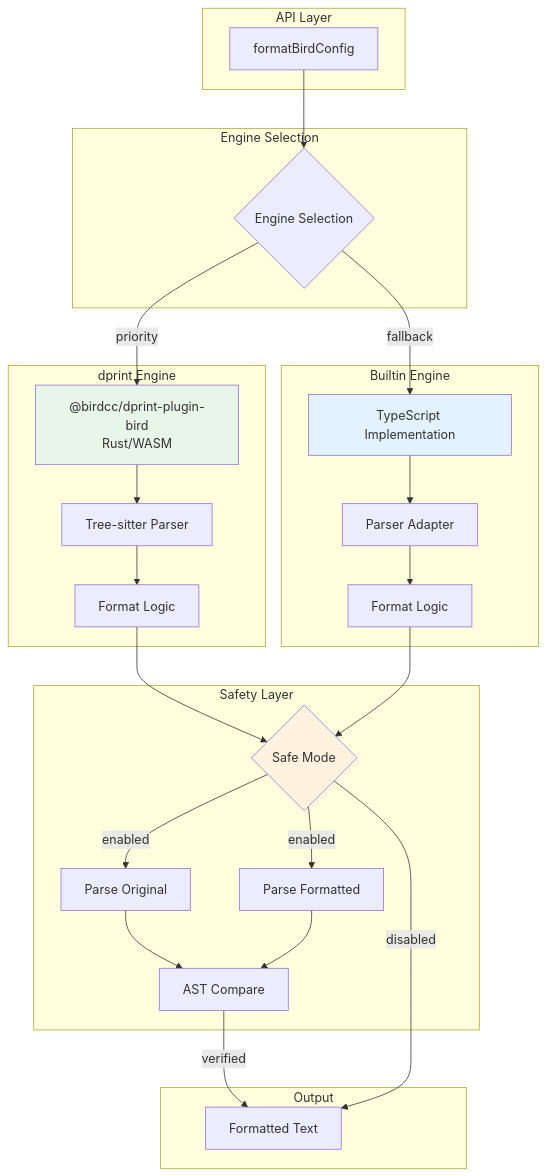
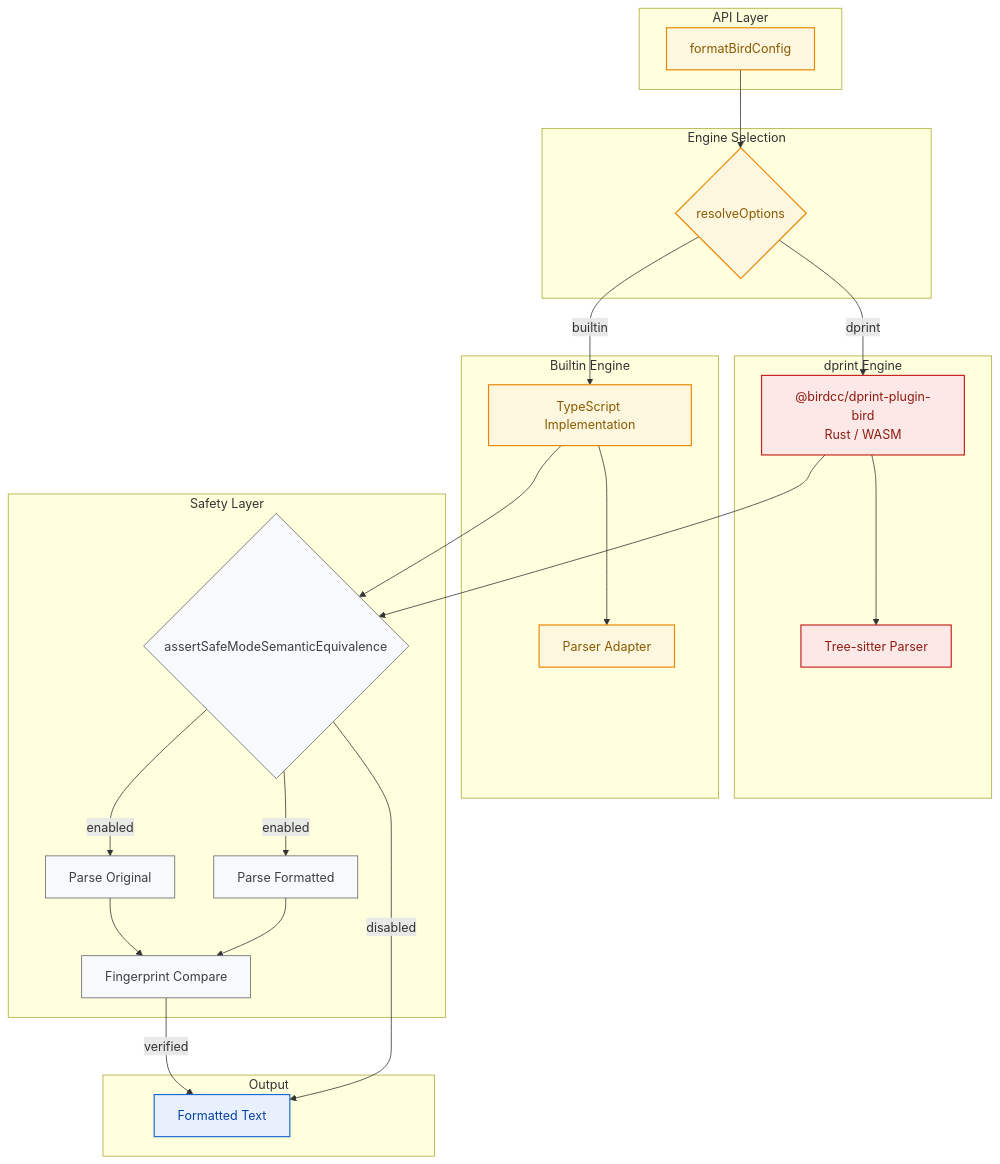
The first of 4 diagrams in packages/@birdcc/formatter/README.md (bird-chinese-community/BIRD-LSP), drawn with Mermaid before and after one commit. The commit also changed other lines of this file and 5 other files, not shown here.

Commit message:
docs(mermaid): Unify diagram palette and split by layer

````diff
--- a/packages/@birdcc/formatter/README.md
+++ b/packages/@birdcc/formatter/README.md
@@ -182,51 +182,55 @@
 ```mermaid
 flowchart TB
-    subgraph "API Layer"
+    classDef infra fill:#fce8e6,stroke:#c5221f,stroke-width:1.5px,color:#8f1d14
+    classDef service fill:#fef7e0,stroke:#ea8600,stroke-width:1.5px,color:#8a5a00
+    classDef flow fill:#f8f9fa,stroke:#5f6368,stroke-width:1px,color:#3c4043
+    classDef ui fill:#e8f0fe,stroke:#1967d2,stroke-width:1.5px,color:#0842a0
+
+    subgraph api [API Layer]
         API[formatBirdConfig]
     end
 
-    subgraph "Engine Selection"
-        SEL{Engine Selection}
+    subgraph selection [Engine Selection]
+        SEL{resolveOptions}
     end
 
-    subgraph "dprint Engine"
-        D1["@birdcc/dprint-plugin-bird<br/>Rust/WASM"]
+    subgraph dprint [dprint Engine]
+        D1["@birdcc/dprint-plugin-bird<br/>Rust / WASM"]
         D2[Tree-sitter Parser]
-        D3[Format Logic]
     end
 
-    subgraph "Builtin Engine"
+    subgraph builtin [Builtin Engine]
         B1[TypeScript Implementation]
         B2[Parser Adapter]
-        B3[Format Logic]
     end
 
-    subgraph "Safety Layer"
-        SAFE{Safe Mode}
+    subgraph safety [Safety Layer]
+        SAFE{assertSafeModeSemanticEquivalence}
         AST1[Parse Original]
         AST2[Parse Formatted]
-        CMP[AST Compare]
+        CMP[Fingerprint Compare]
     end
 
-    subgraph "Output"
+    subgraph output [Output]
         OUT[Formatted Text]
     end
 
     API --> SEL
-    SEL -->|priority| D1
-    SEL -->|fallback| B1
-    D1 --> D2 --> D3
-    B1 --> B2 --> B3
-    D3 --> SAFE
-    B3 --> SAFE
+    SEL -->|dprint| D1
+    SEL -->|builtin| B1
+    D1 --> D2
+    B1 --> B2
+    D1 --> SAFE
+    B1 --> SAFE
     SAFE -->|enabled| AST1
     SAFE -->|enabled| AST2
     AST1 --> CMP
     AST2 --> CMP
     CMP -->|verified| OUT
     SAFE -->|disabled| OUT
 
-    style D1 fill:#e8f5e9
-    style B1 fill:#e3f2fd
-    style SAFE fill:#fff3e0
+    class API,SEL,B1,B2 service
+    class D1,D2 infra
+    class SAFE,AST1,AST2,CMP flow
+    class OUT ui
 ```
````
